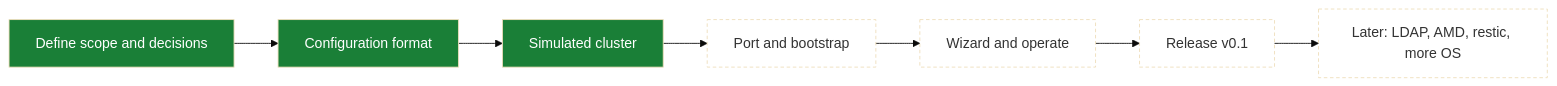
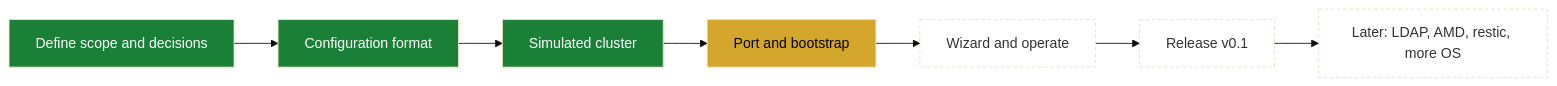
Before and after one commit to enajx/nanoHPC: the first of 2 diagrams in PROJECT.md, drawn with Mermaid (base theme). The commit also changed other lines of this file, not shown here.

````diff
--- a/PROJECT.md
+++ b/PROJECT.md
@@ -34,13 +34,13 @@
 ```mermaid
 flowchart LR
   classDef done fill:#1a7f37,color:#fff
   classDef wip fill:#d4a72c,color:#000
   classDef queued fill:none,stroke-dasharray:4 3
 
   P1[Define scope and decisions]:::done --> P2[Configuration format]:::done
   P2 --> P3[Simulated cluster]:::done
-  P3 --> P4[Port and bootstrap]:::queued
+  P3 --> P4[Port and bootstrap]:::wip
   P4 --> P5[Wizard and operate]:::queued
   P5 --> P6[Release v0.1]:::queued
   P6 --> P7[Later: LDAP, AMD, restic, more OS]:::queued
 ```
````
